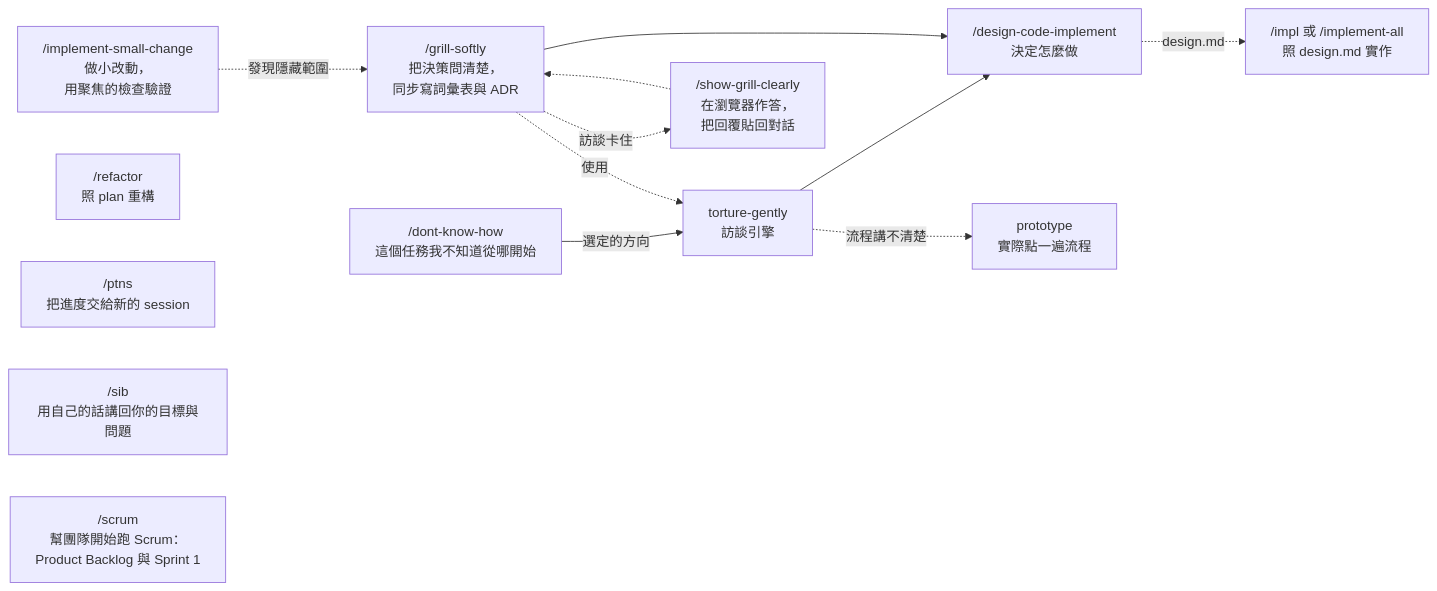
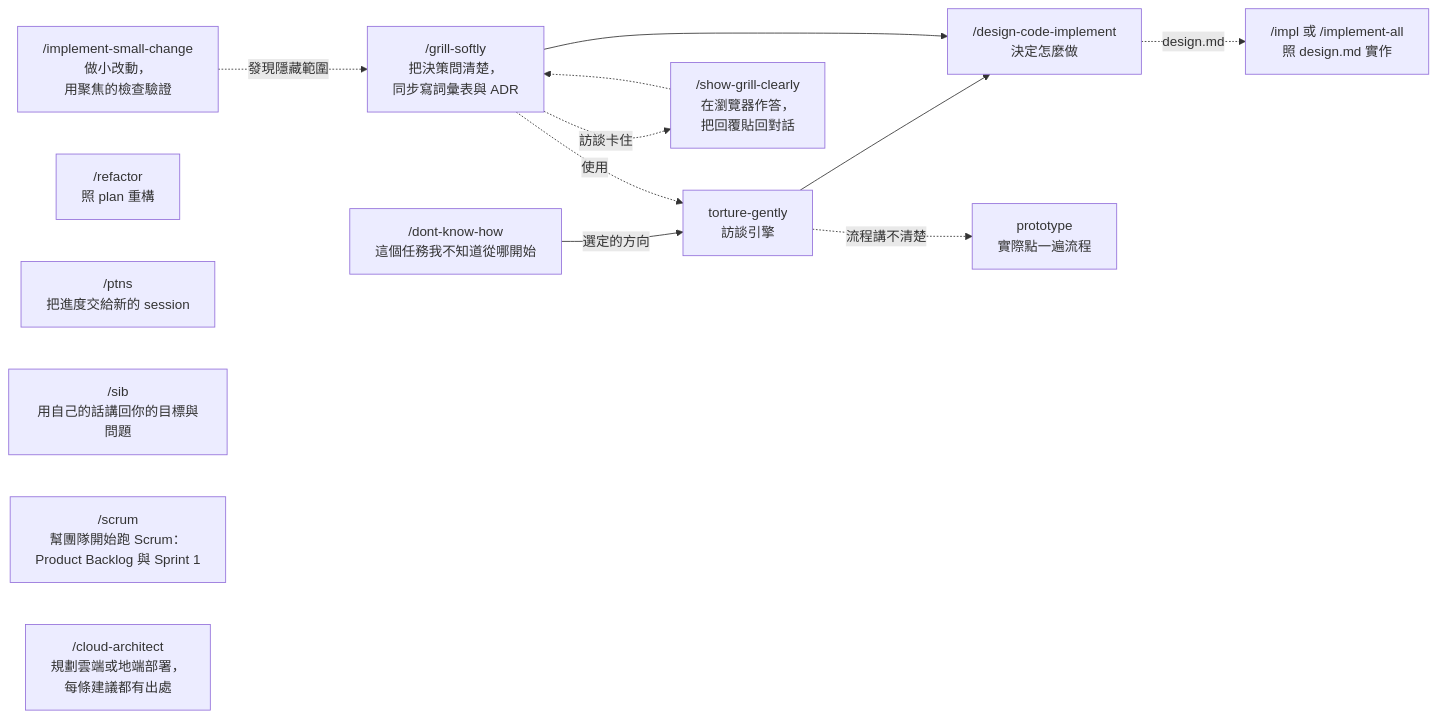
One commit to GUOJIE-HONG/skills changed the diagram in README.zh-TW.md. Above: the diagram before and after it, drawn with Mermaid. The commit also changed other lines of this file and 5 other files, not shown here.

First line of the commit message:
feat(cloud-architect): 新增規劃雲端或地端部署的 skill

````diff
--- a/README.zh-TW.md
+++ b/README.zh-TW.md
@@ -59,18 +59,19 @@
 ```mermaid
 flowchart LR
     A["/dont-know-how<br/>這個任務我不知道從哪開始"] -->|"選定的方向"| F["torture-gently<br/>訪談引擎"]
     F --> C
     F -. 流程講不清楚 .-> P["prototype<br/>實際點一遍流程"]
     B["/grill-softly<br/>把決策問清楚，<br/>同步寫詞彙表與 ADR"]
     B --> C["/design-code-implement<br/>決定怎麼做"]
     D["/implement-small-change<br/>做小改動，<br/>用聚焦的檢查驗證"]
     R["/refactor<br/>照 plan 重構"]
     H["/ptns<br/>把進度交給新的 session"]
     S["/sib<br/>用自己的話講回你的目標與問題"]
     K["/scrum<br/>幫團隊開始跑 Scrum：<br/>Product Backlog 與 Sprint 1"]
+    CA["/cloud-architect<br/>規劃雲端或地端部署，<br/>每條建議都有出處"]
     C -.->|"design.md"| G["/impl 或 /implement-all<br/>照 design.md 實作"]
     B -. 訪談卡住 .-> E["/show-grill-clearly<br/>在瀏覽器作答，<br/>把回覆貼回對話"]
     E -.-> B
     B -. 使用 .-> F
     D -. 發現隱藏範圍 .-> B
 ```
````
